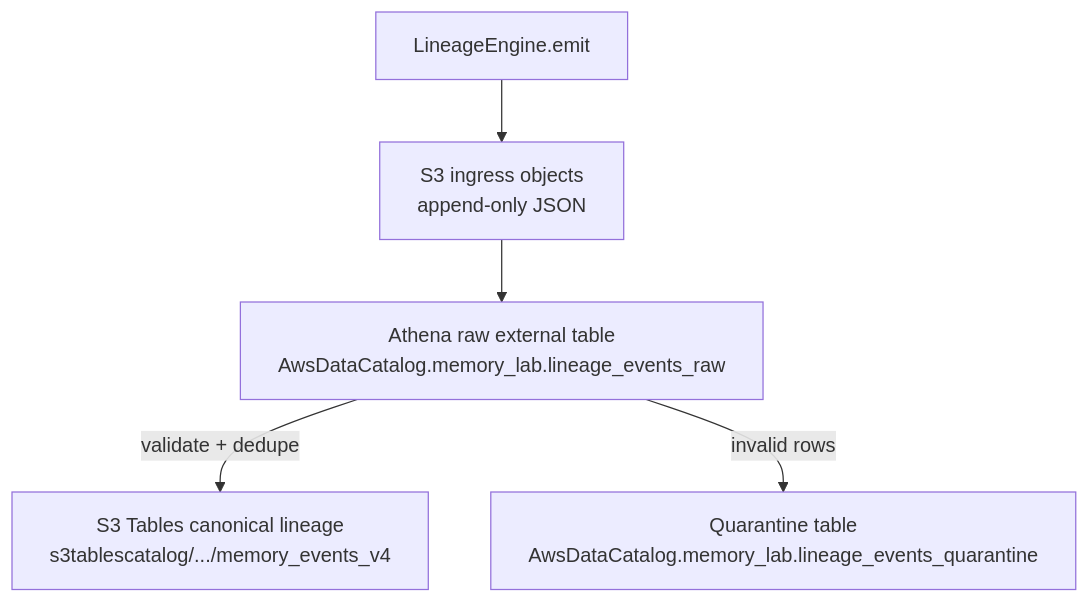
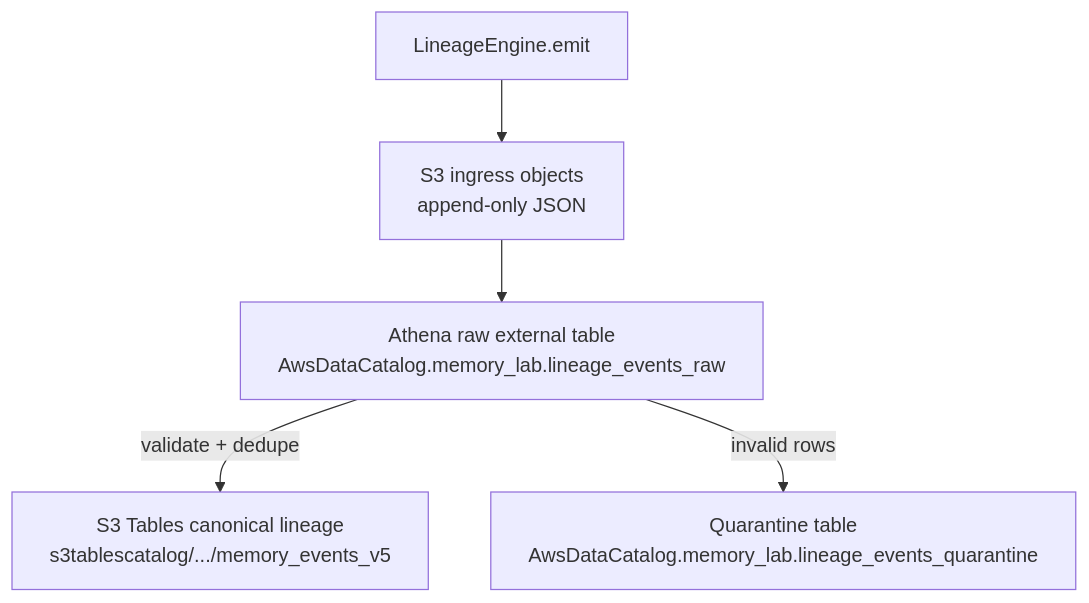
Before and after one commit to stack-research/memory: the first of 2 diagrams in specs/ENGINEERING_SPEC.md, drawn with Mermaid. The commit also changed 19 other files, not shown here.

````diff
--- a/specs/ENGINEERING_SPEC.md
+++ b/specs/ENGINEERING_SPEC.md
@@ -53,7 +53,7 @@
 ```mermaid
 flowchart TD
     W1[LineageEngine.emit] --> W2[S3 ingress objects\nappend-only JSON]
     W2 --> W3[Athena raw external table\nAwsDataCatalog.memory_lab.lineage_events_raw]
-    W3 -->|validate + dedupe| W4[S3 Tables canonical lineage\ns3tablescatalog/.../memory_events_v4]
+    W3 -->|validate + dedupe| W4[S3 Tables canonical lineage\ns3tablescatalog/.../memory_events_v5]
     W3 -->|invalid rows| W5[Quarantine table\nAwsDataCatalog.memory_lab.lineage_events_quarantine]
 ```
````
